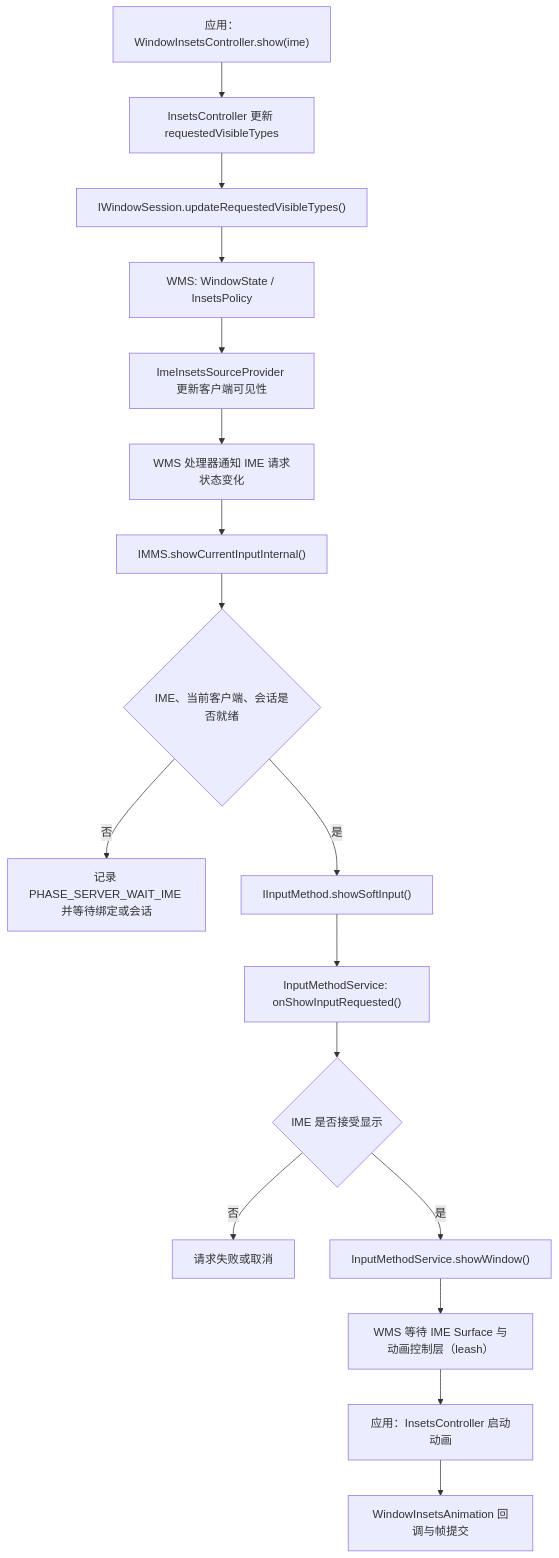
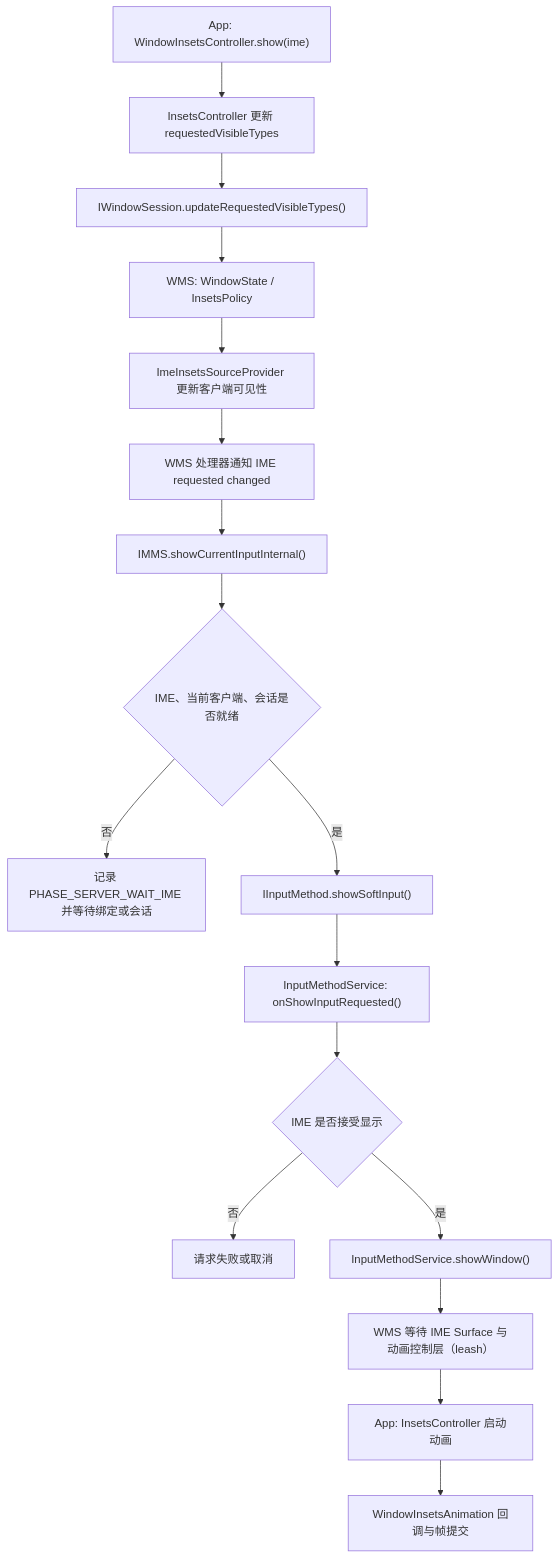
Before and after one commit to Gracker/android-internals-wiki: the diagram in src/part1-fundamentals/ch03-input/11-input-method-manager-performance.md, drawn with Mermaid. The commit also changed other lines of this file and 4 other files, not shown here.

````diff
--- a/src/part1-fundamentals/ch03-input/11-input-method-manager-performance.md
+++ b/src/part1-fundamentals/ch03-input/11-input-method-manager-performance.md
@@ -82,19 +82,19 @@
 ```mermaid
 flowchart TD
-    A["应用：WindowInsetsController.show(ime)"] --> B["InsetsController 更新 requestedVisibleTypes"]
+    A["App: WindowInsetsController.show(ime)"] --> B["InsetsController 更新 requestedVisibleTypes"]
     B --> C["IWindowSession.updateRequestedVisibleTypes()"]
     C --> D["WMS: WindowState / InsetsPolicy"]
     D --> E["ImeInsetsSourceProvider 更新客户端可见性"]
-    E --> F["WMS 处理器通知 IME 请求状态变化"]
+    E --> F["WMS 处理器通知 IME requested changed"]
     F --> G["IMMS.showCurrentInputInternal()"]
     G --> H{"IME、当前客户端、会话是否就绪"}
     H -->|否| I["记录 PHASE_SERVER_WAIT_IME 并等待绑定或会话"]
     H -->|是| J["IInputMethod.showSoftInput()"]
     J --> K["InputMethodService: onShowInputRequested()"]
     K --> L{"IME 是否接受显示"}
     L -->|否| M["请求失败或取消"]
     L -->|是| N["InputMethodService.showWindow()"]
     N --> O["WMS 等待 IME Surface 与动画控制层（leash）"]
-    O --> P["应用：InsetsController 启动动画"]
+    O --> P["App: InsetsController 启动动画"]
     P --> Q["WindowInsetsAnimation 回调与帧提交"]
 ```
````
